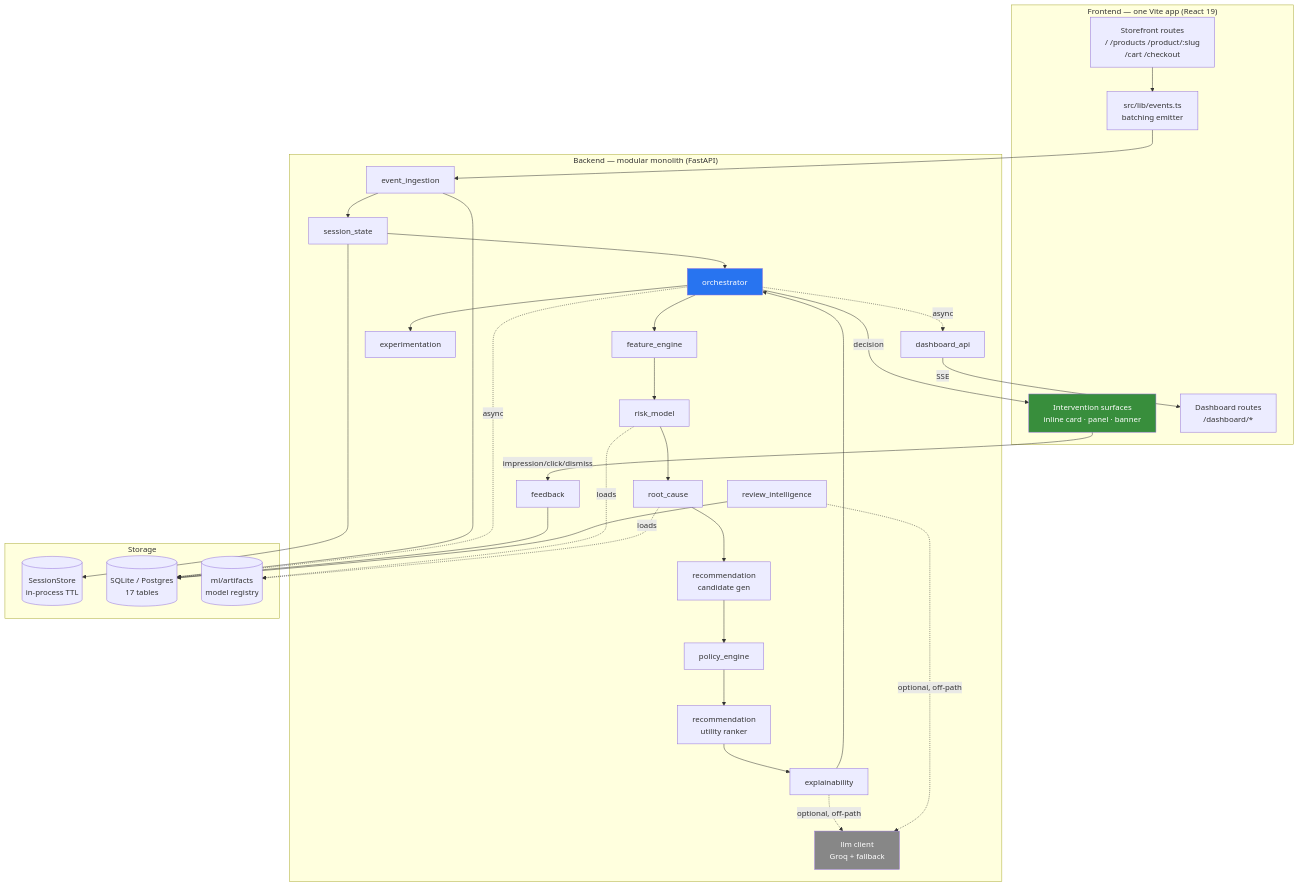
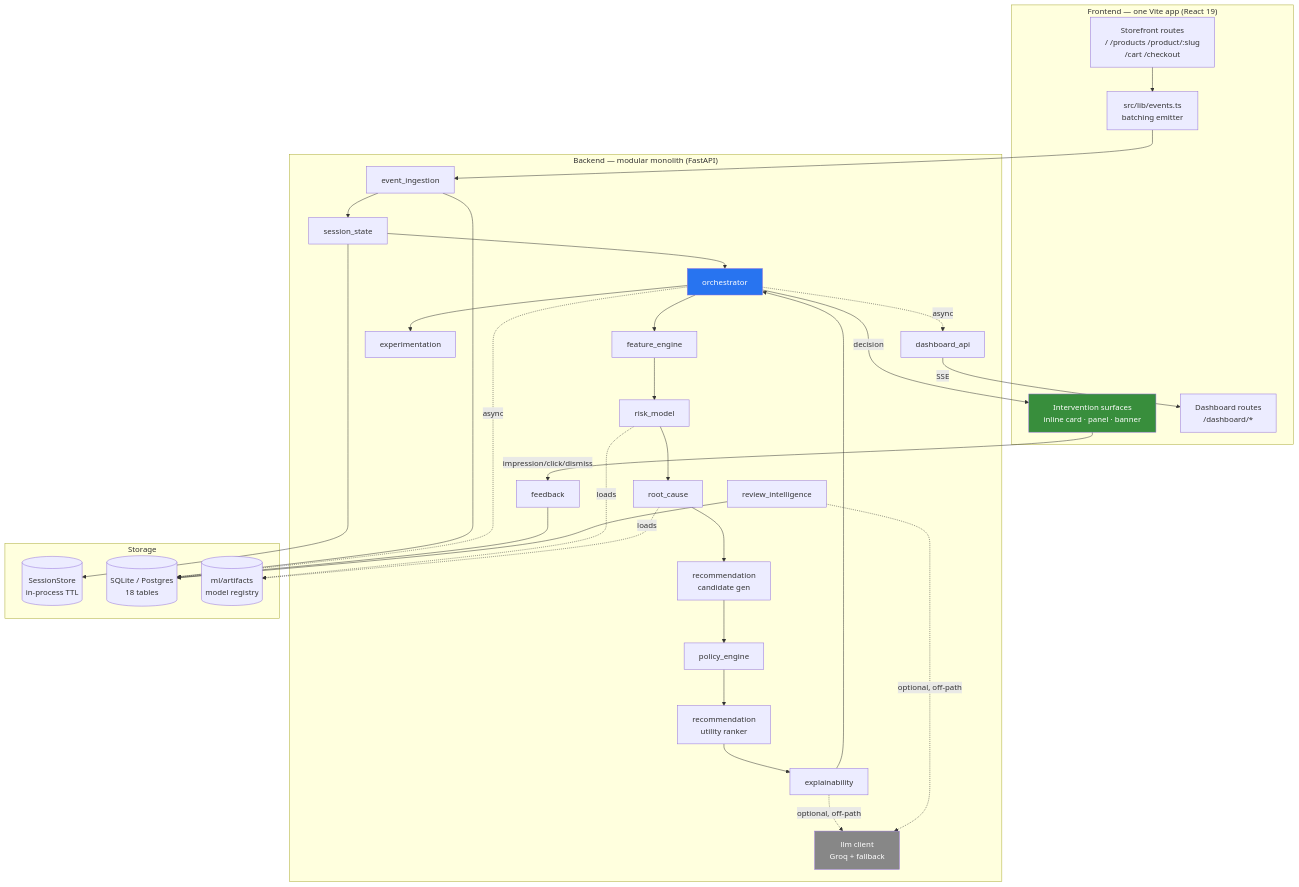
Before and after one commit to Abhaykumar212/Flipkart-grid-8.0: the first of 4 diagrams in IMPLEMENTATION_PLAN.md, drawn with Mermaid. The commit also changed other lines of this file and 41 other files, not shown here.

Commit message:
feat(db): 18-table schema, migrations, domain model, catalog seed

````diff
--- a/IMPLEMENTATION_PLAN.md
+++ b/IMPLEMENTATION_PLAN.md
@@ -156,55 +158,55 @@
 ```mermaid
 flowchart TB
     subgraph FE["Frontend — one Vite app (React 19)"]
         SF["Storefront routes<br/>/ /products /product/:slug<br/>/cart /checkout"]
         EM["src/lib/events.ts<br/>batching emitter"]
         IS["Intervention surfaces<br/>inline card · panel · banner"]
         DB_UI["Dashboard routes<br/>/dashboard/*"]
     end
 
     subgraph BE["Backend — modular monolith (FastAPI)"]
         ING[event_ingestion]
         SS[session_state]
         FEAT[feature_engine]
         ORCH[orchestrator]
         RISK[risk_model]
         RC[root_cause]
         CAND[recommendation<br/>candidate gen]
         POL[policy_engine]
         RANK[recommendation<br/>utility ranker]
         EXPL[explainability]
         REV[review_intelligence]
         EXP[experimentation]
         FB[feedback]
         DAPI[dashboard_api]
         LLM[llm client<br/>Groq + fallback]
     end
 
     subgraph ST["Storage"]
         ONLINE[(SessionStore<br/>in-process TTL)]
-        HIST[(SQLite / Postgres<br/>17 tables)]
+        HIST[(SQLite / Postgres<br/>18 tables)]
         ART[(ml/artifacts<br/>model registry)]
     end
 
     SF --> EM --> ING
     ING --> HIST
     ING --> SS --> ONLINE
     SS --> ORCH
     ORCH --> FEAT --> RISK --> RC --> CAND --> POL --> RANK --> EXPL
     RISK -.loads.-> ART
     RC -.loads.-> ART
     EXPL --> ORCH
     ORCH -->|decision| IS
     ORCH -.async.-> HIST
     ORCH -.async.-> DAPI
     ORCH --> EXP
     IS -->|impression/click/dismiss| FB --> HIST
     DAPI -->|SSE| DB_UI
     EXPL -.optional, off-path.-> LLM
     REV -.optional, off-path.-> LLM
     REV --> HIST
 
     style ORCH fill:#2874f0,color:#fff
     style LLM fill:#878787,color:#fff
     style IS fill:#388e3c,color:#fff
 ```
````
